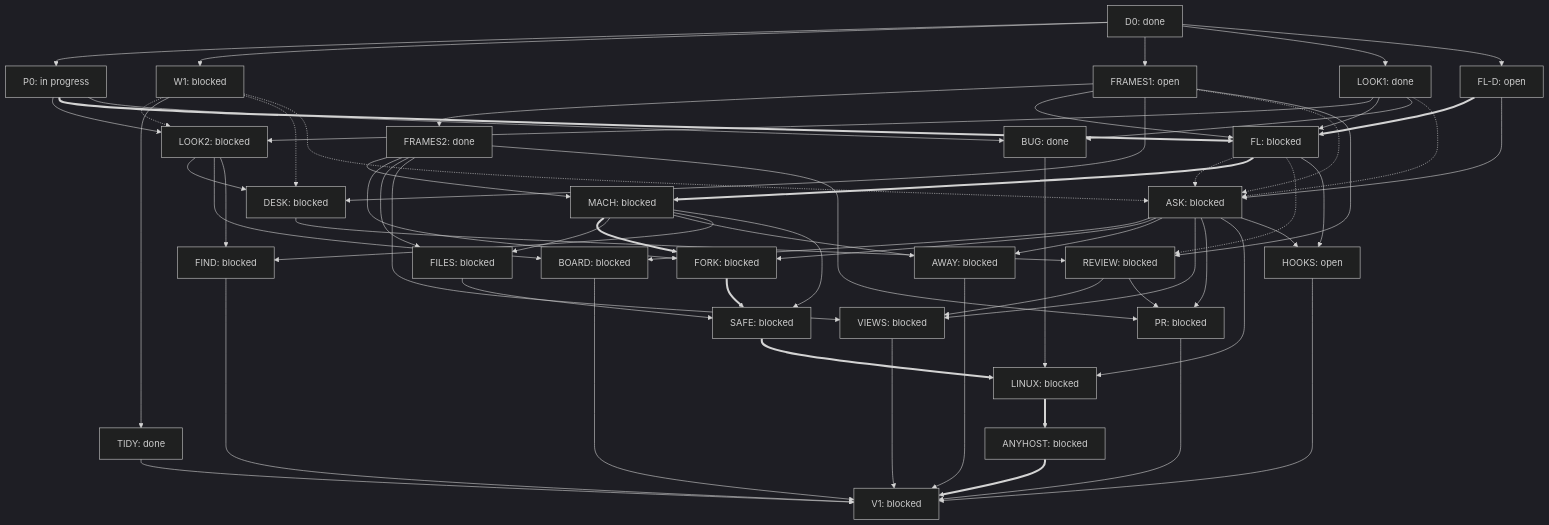
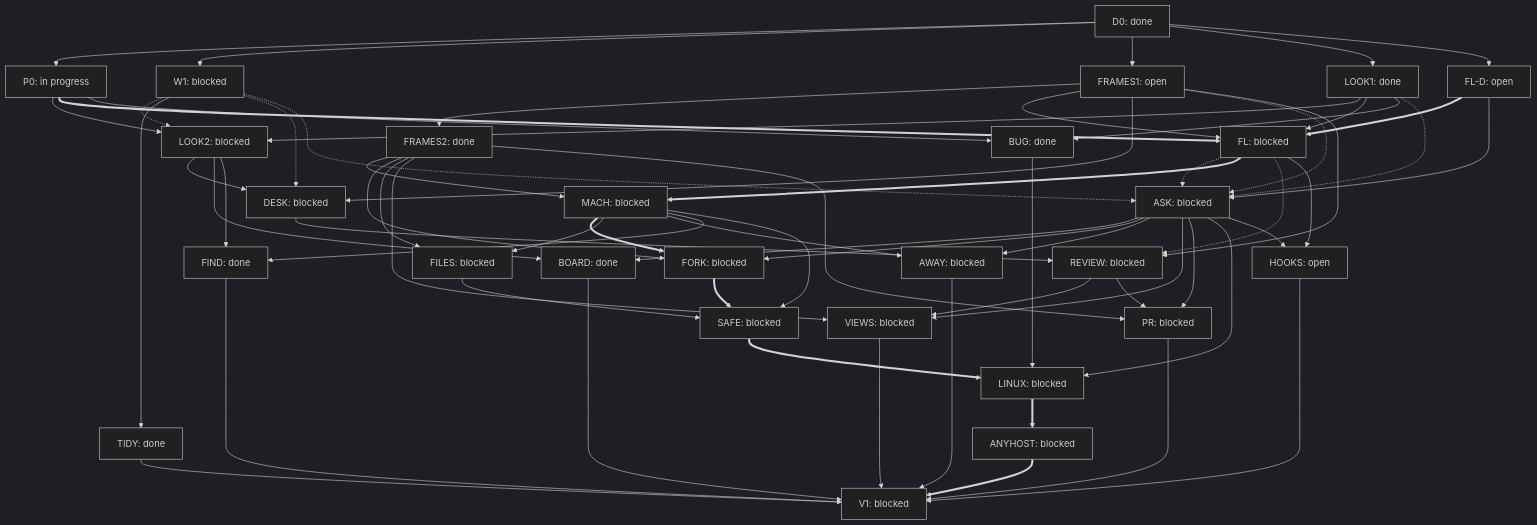
Before and after one commit to uhvesta/atmosphere: the diagram in apps/humata2/workflow/DAG.md, drawn with Mermaid (dark theme). The commit also changed other lines of this file and 190 other files, not shown here.

First line of the commit message:
Humata 2: close BUG2, FIND and BOARD. FORK's third slices, AWAY T1–T3b and T8, DESK look, POLISH 13–15

```diff
--- a/apps/humata2/workflow/DAG.md
+++ b/apps/humata2/workflow/DAG.md
@@ -111,12 +111,12 @@
   ASK["ASK: blocked"]
   MACH["MACH: blocked"]
   REVIEW["REVIEW: blocked"]
-  BOARD["BOARD: blocked"]
+  BOARD["BOARD: done"]
   FORK["FORK: blocked"]
   FILES["FILES: blocked"]
   AWAY["AWAY: blocked"]
   HOOKS["HOOKS: open"]
-  FIND["FIND: blocked"]
+  FIND["FIND: done"]
   VIEWS["VIEWS: blocked"]
   PR["PR: blocked"]
   SAFE["SAFE: blocked"]
```
